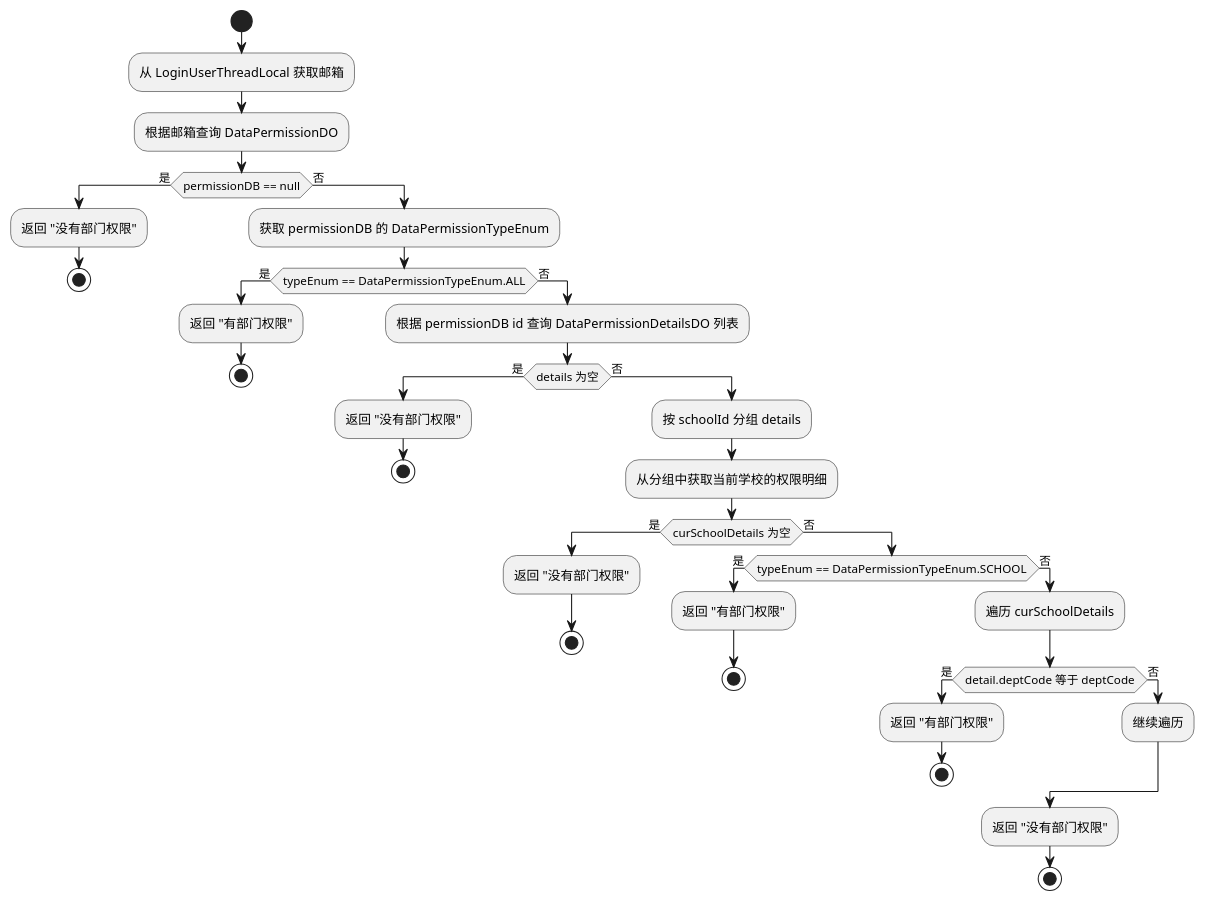
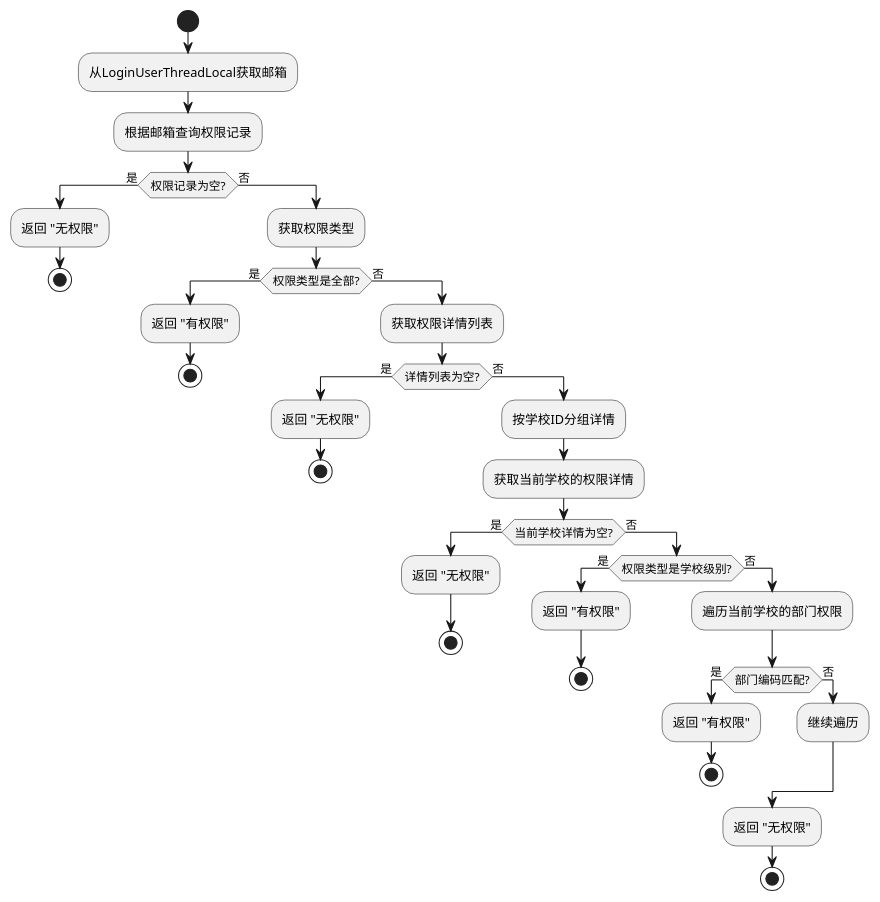
One commit to wanghaolong/wanghaolong.github.io changed the ninth of 16 diagrams in docs/PlantUML分享/PlantUML分享.md. Above: the diagram before and after it, drawn with PlantUML. The commit also changed other lines of this file, not shown here.

````diff
--- a/docs/PlantUML分享/PlantUML分享.md
+++ b/docs/PlantUML分享/PlantUML分享.md
@@ -208,45 +376,45 @@
 ```plantuml
 @startuml
 start
-:从 LoginUserThreadLocal 获取邮箱;
-:根据邮箱查询 DataPermissionDO;
-if (permissionDB == null) then (是)
-    :返回 "没有部门权限";
+:从LoginUserThreadLocal获取邮箱;
+:根据邮箱查询权限记录;
+if (权限记录为空?) then (是)
+    :返回 "无权限";
     stop
 else (否)
-    :获取 permissionDB 的 DataPermissionTypeEnum;
-    if (typeEnum == DataPermissionTypeEnum.ALL) then (是)
-        :返回 "有部门权限";
+    :获取权限类型;
+    if (权限类型是全部?) then (是)
+        :返回 "有权限";
         stop
     else (否)
-        :根据 permissionDB id 查询 DataPermissionDetailsDO 列表;
-        if (details 为空) then (是)
-            :返回 "没有部门权限";
+        :获取权限详情列表;
+        if (详情列表为空?) then (是)
+            :返回 "无权限";
             stop
         else (否)
-            :按 schoolId 分组 details;
-            :从分组中获取当前学校的权限明细;
-            if (curSchoolDetails 为空) then (是)
-                :返回 "没有部门权限";
+            :按学校ID分组详情;
+            :获取当前学校的权限详情;
+            if (当前学校详情为空?) then (是)
+                :返回 "无权限";
                 stop
             else (否)
-                if (typeEnum == DataPermissionTypeEnum.SCHOOL) then (是)
-                    :返回 "有部门权限";
+                if (权限类型是学校级别?) then (是)
+                    :返回 "有权限";
                     stop
                 else (否)
-                    :遍历 curSchoolDetails;
-                    if (detail.deptCode 等于 deptCode) then (是)
-                        :返回 "有部门权限";
+                    :遍历当前学校的部门权限;
+                    if (部门编码匹配?) then (是)
+                        :返回 "有权限";
                         stop
                     else (否)
                         :继续遍历;
                     endif
-                    :返回 "没有部门权限";
+                    :返回 "无权限";
                     stop
                 endif
             endif
         endif
     endif
 endif
 @enduml
 ```
````
